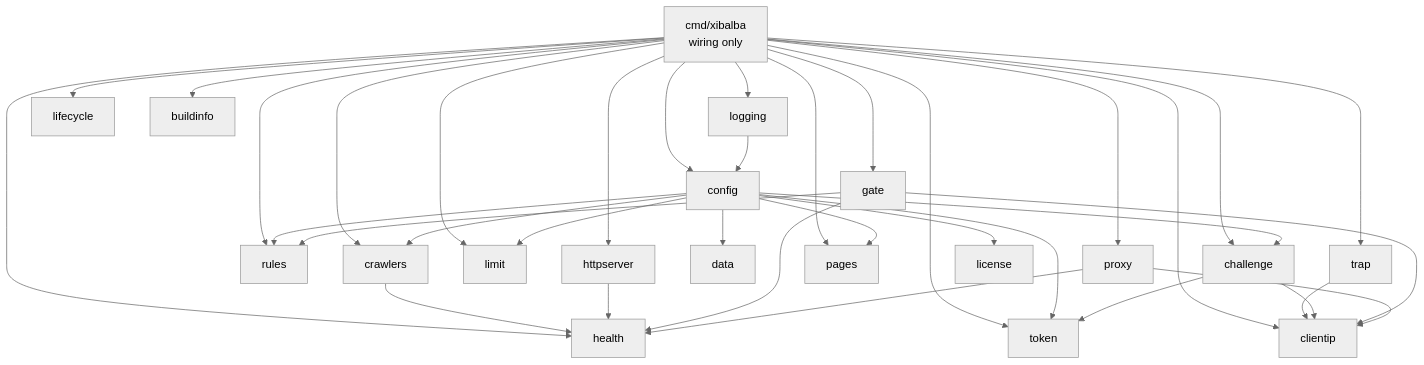
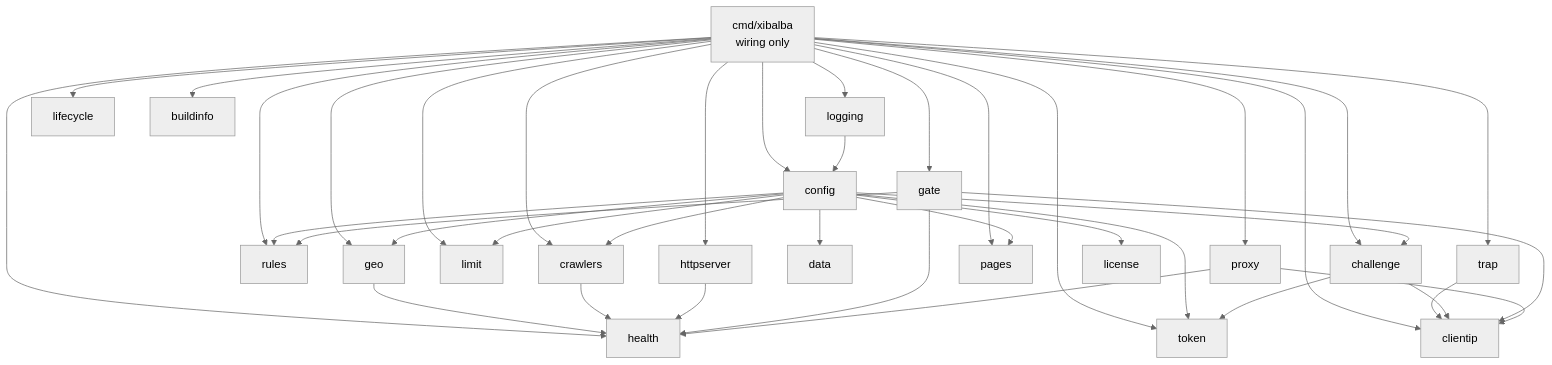
One commit to MaMoja/xibalba changed the first of 2 diagrams in docs/ARCHITECTURE.md. Above: the diagram before and after it, drawn with Mermaid (neutral theme). The commit also changed other lines of this file and 31 other files, not shown here.

````diff
--- a/docs/ARCHITECTURE.md
+++ b/docs/ARCHITECTURE.md
@@ -26,38 +26,41 @@
 ```mermaid
 flowchart TD
     main[cmd/xibalba<br>wiring only] --> config
     main --> logging
     main --> lifecycle
     main --> health
     main --> httpserver
     main --> buildinfo
     main --> clientip
     main --> rules
     main --> crawlers
     main --> limit
     main --> trap
+    main --> geo
+    config --> geo
+    geo --> health
     trap --> clientip
     config --> limit
     config --> crawlers
     config --> data
     crawlers --> health
     main --> token
     main --> challenge
     main --> gate
     main --> pages
     main --> proxy
     logging --> config
     config --> rules
     httpserver --> health
     config --> license
     config --> pages
     config --> challenge
     config --> token
     challenge --> token
     challenge --> clientip
     gate --> rules
     gate --> clientip
     gate --> health
     proxy --> health
     proxy --> clientip
 ```
````
